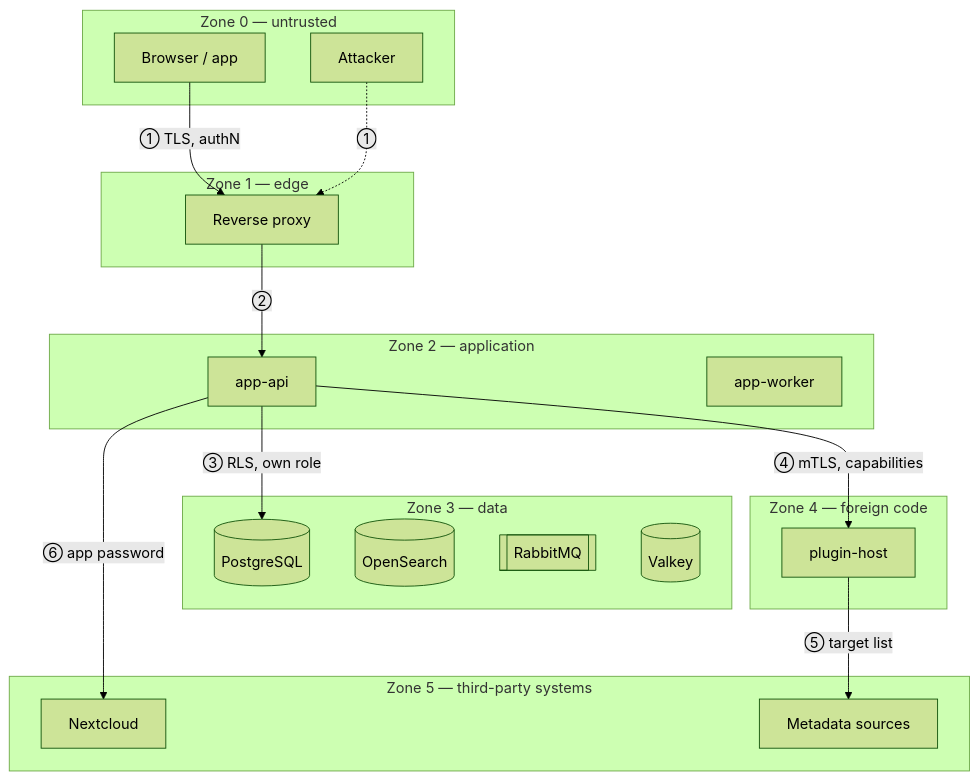
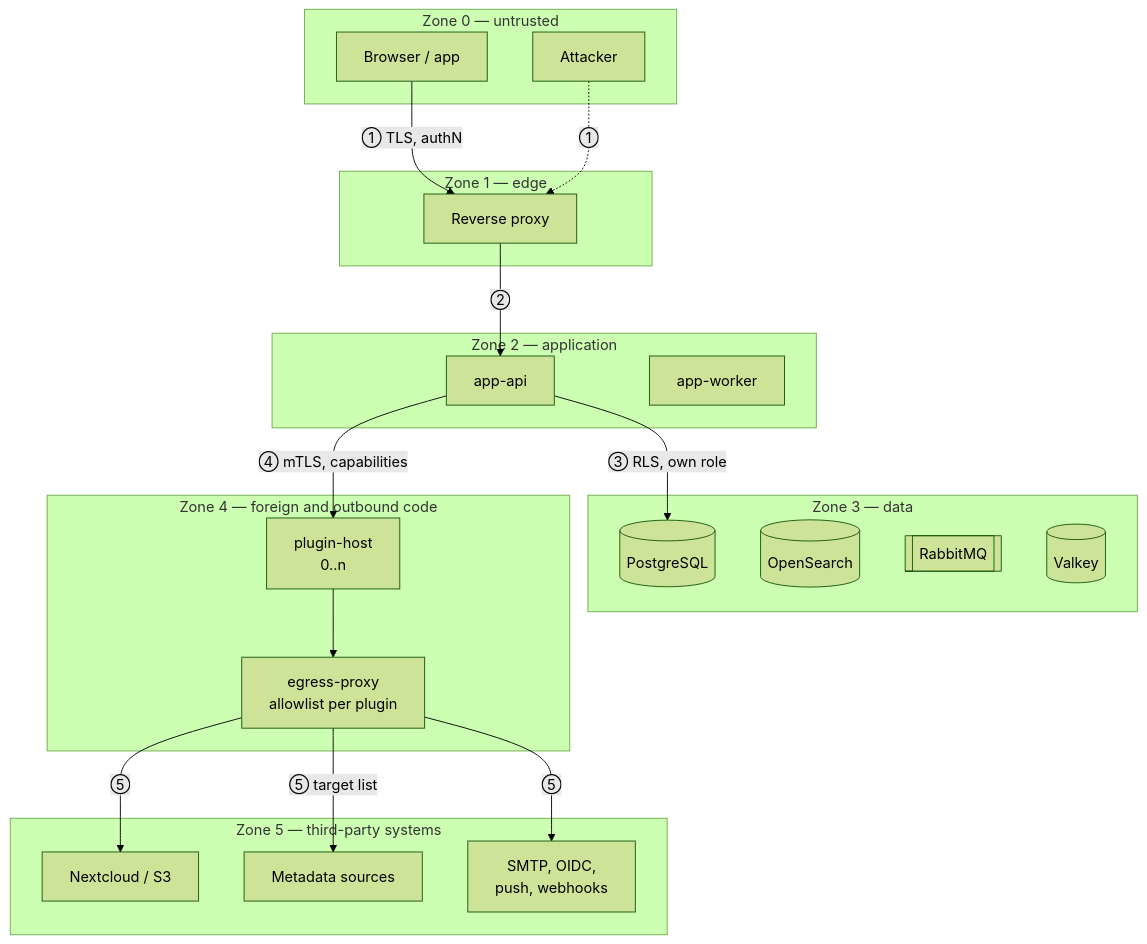
The diagram in docs/architecture/12-security.md (greluc/Home-Inventory), drawn with Mermaid (forest theme) before and after one commit. The commit also changed other lines of this file and 38 other files, not shown here.

````diff
--- a/docs/architecture/12-security.md
+++ b/docs/architecture/12-security.md
@@ -21,35 +21,39 @@
 ```mermaid
 graph TB
     subgraph Z0["Zone 0 — untrusted"]
         B["Browser / app"]
         AT["Attacker"]
     end
     subgraph Z1["Zone 1 — edge"]
         RP["Reverse proxy"]
     end
     subgraph Z2["Zone 2 — application"]
         API["app-api"]
         WRK["app-worker"]
     end
     subgraph Z3["Zone 3 — data"]
         PG[("PostgreSQL")]
         OS[("OpenSearch")]
         MQ[["RabbitMQ"]]
         KV[("Valkey")]
     end
-    subgraph Z4["Zone 4 — foreign code"]
-        PL["plugin-host"]
+    subgraph Z4["Zone 4 — foreign and outbound code"]
+        PL["plugin-host<br/>0..n"]
+        EP["egress-proxy<br/>allowlist per plugin"]
     end
     subgraph Z5["Zone 5 — third-party systems"]
-        NC["Nextcloud"]
+        NC["Nextcloud / S3"]
         EXT["Metadata sources"]
+        SMTP["SMTP, OIDC,<br/>push, webhooks"]
     end
 
     B -->|"① TLS, authN"| RP
     AT -.->|"①"| RP
     RP -->|"②"| API
     API -->|"③ RLS, own role"| PG
     API -->|"④ mTLS, capabilities"| PL
-    PL -->|"⑤ target list"| EXT
-    API -->|"⑥ app password"| NC
+    PL --> EP
+    EP -->|"⑤ target list"| EXT
+    EP -->|"⑤"| NC
+    EP -->|"⑤"| SMTP
 ```
````
